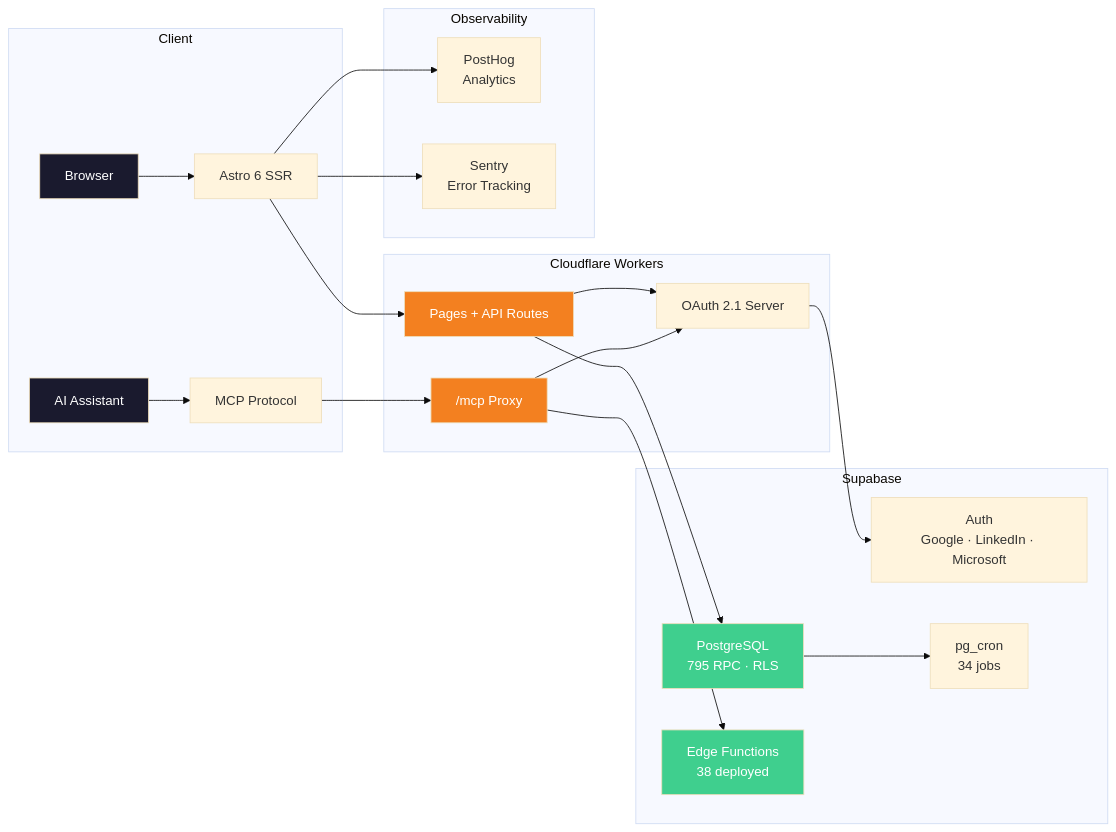
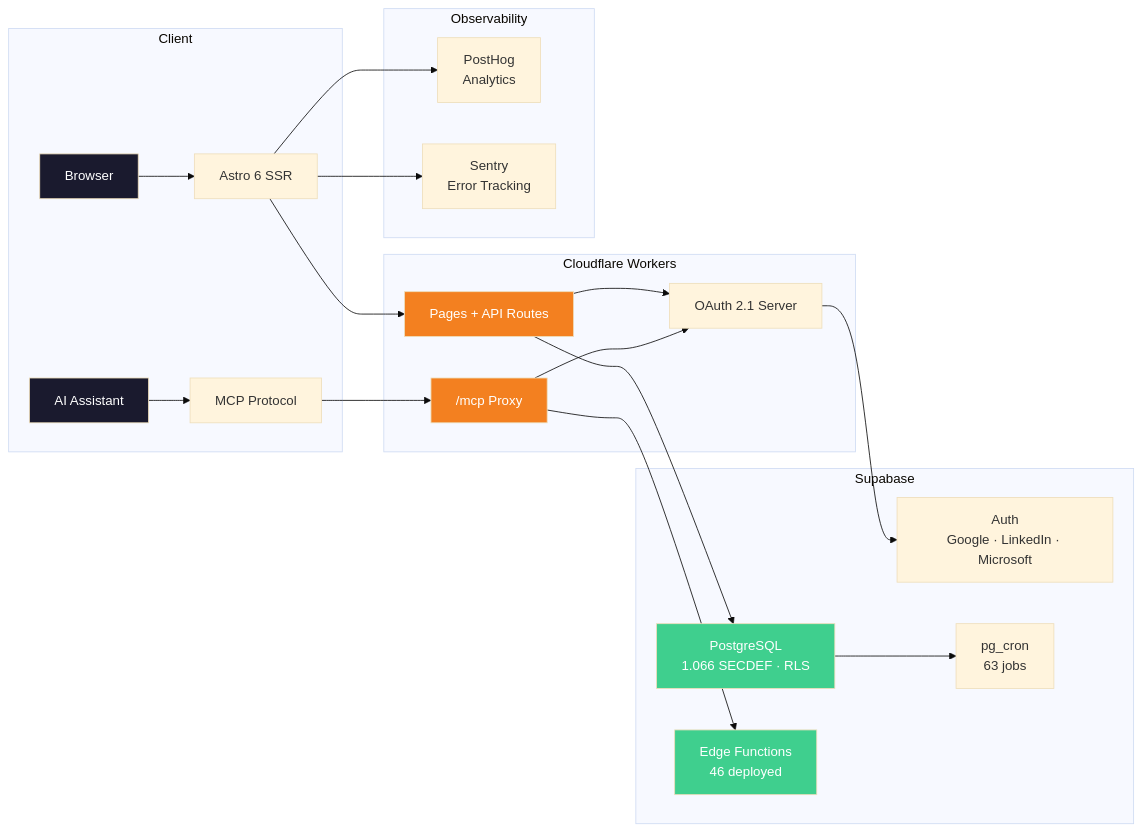
Before and after one commit to VitorMRodovalho/ai-pm-research-hub: the first of 2 diagrams in README.es.md, drawn with Mermaid (base theme). The commit also changed other lines of this file and 6 other files, not shown here.

````diff
--- a/README.es.md
+++ b/README.es.md
@@ -67,33 +67,33 @@
 ```mermaid
 graph LR
     subgraph Client
         A[Browser] --> B[Astro 6 SSR]
         C[AI Assistant] --> D[MCP Protocol]
     end
 
     subgraph "Cloudflare Workers"
         B --> E[Pages + API Routes]
         D --> F["/mcp Proxy"]
         E --> G[OAuth 2.1 Server]
         F --> G
     end
 
     subgraph "Supabase"
         G --> H[Auth<br/>Google · LinkedIn · Microsoft]
-        E --> I[PostgreSQL<br/>795 RPC · RLS]
-        F --> J[Edge Functions<br/>38 deployed]
-        I --> K[pg_cron<br/>34 jobs]
+        E --> I[PostgreSQL<br/>1.066 SECDEF · RLS]
+        F --> J[Edge Functions<br/>46 deployed]
+        I --> K[pg_cron<br/>63 jobs]
     end
 
     subgraph "Observability"
         B --> L[PostHog<br/>Analytics]
         B --> M[Sentry<br/>Error Tracking]
     end
 
     style A fill:#1a1a2e,color:#fff
     style C fill:#1a1a2e,color:#fff
     style E fill:#F38020,color:#fff
     style F fill:#F38020,color:#fff
     style I fill:#3FCF8E,color:#fff
     style J fill:#3FCF8E,color:#fff
 ```
````
